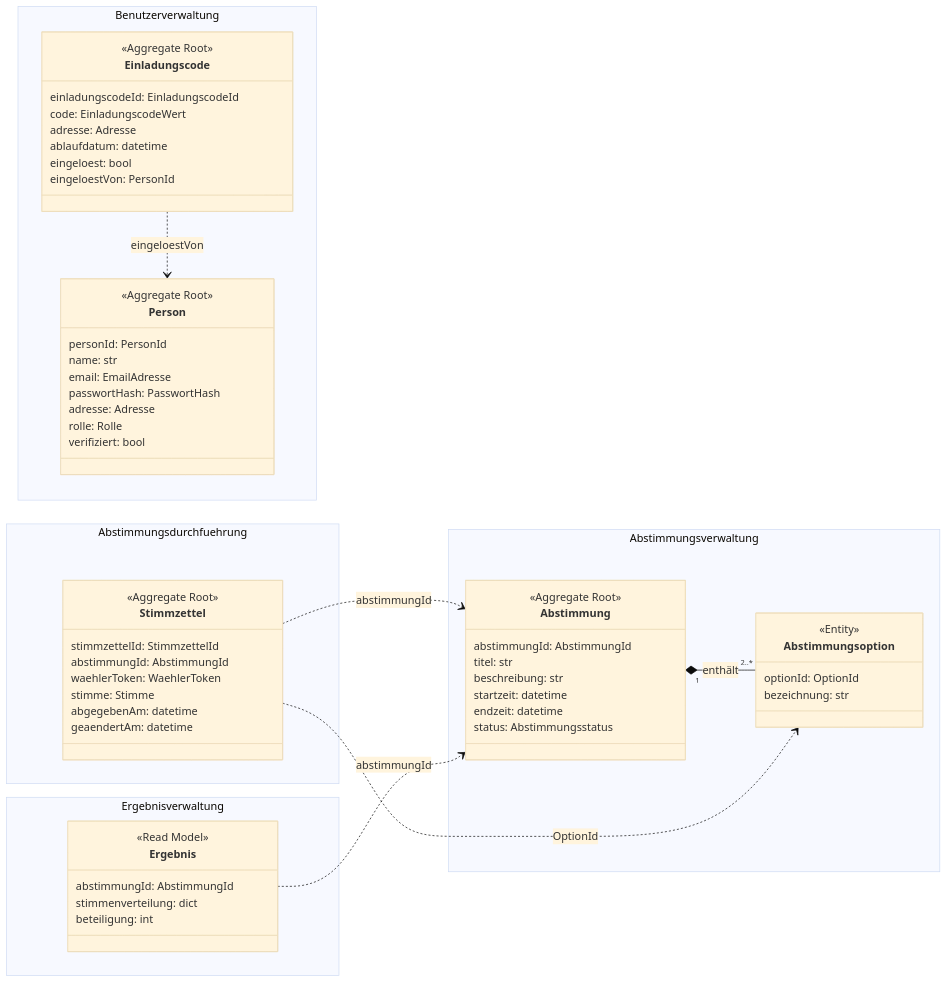
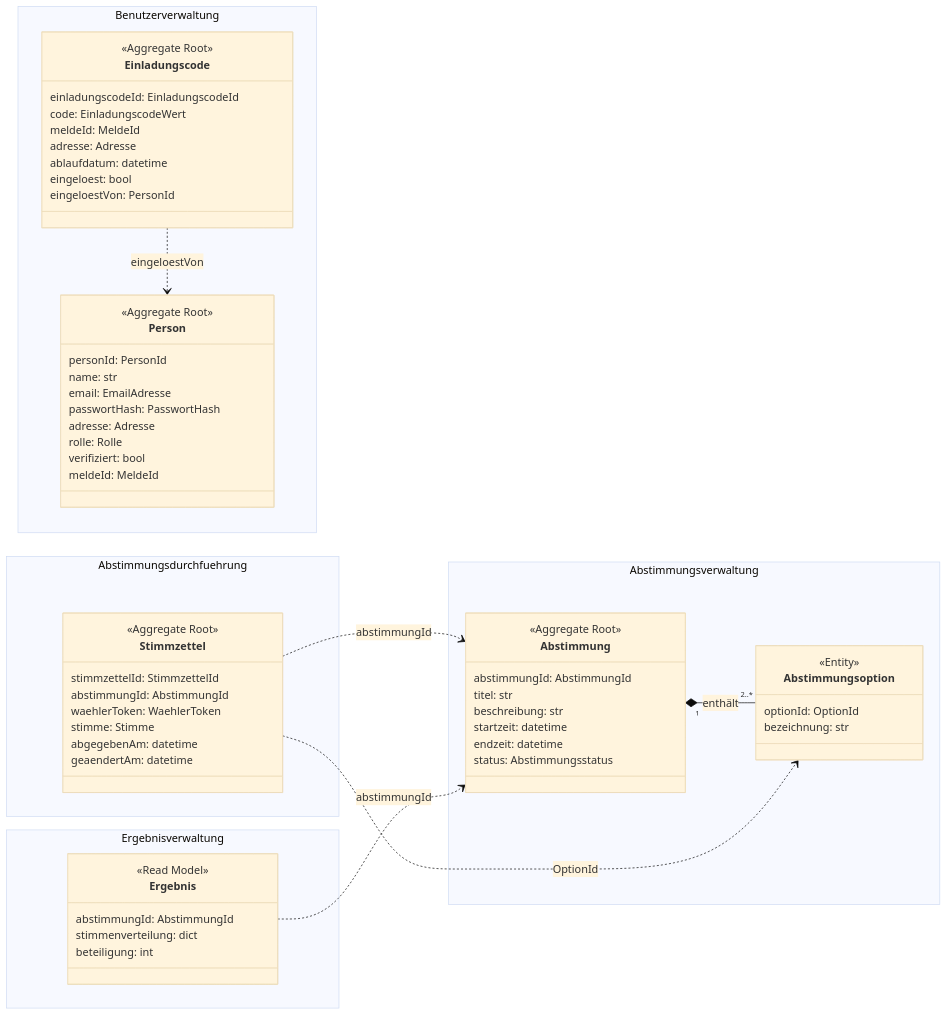
The ninth of 9 diagrams in documentation/Uebung3.md (normaharley/ModerneSoftwarentwicklungWS26), drawn with Mermaid (base theme) before and after one commit. The commit also changed other lines of this file, not shown here.

````diff
--- a/documentation/Uebung3.md
+++ b/documentation/Uebung3.md
@@ -410,70 +427,72 @@
 ```mermaid
 classDiagram
     direction LR
 
     namespace Benutzerverwaltung {
         class Person {
             <<Aggregate Root>>
             personId: PersonId
             name: str
             email: EmailAdresse
             passwortHash: PasswortHash
             adresse: Adresse
             rolle: Rolle
             verifiziert: bool
+            meldeId: MeldeId
         }
         class Einladungscode {
             <<Aggregate Root>>
             einladungscodeId: EinladungscodeId
             code: EinladungscodeWert
+            meldeId: MeldeId
             adresse: Adresse
             ablaufdatum: datetime
             eingeloest: bool
             eingeloestVon: PersonId
         }
     }
 
     namespace Abstimmungsverwaltung {
         class Abstimmung {
             <<Aggregate Root>>
             abstimmungId: AbstimmungId
             titel: str
             beschreibung: str
             startzeit: datetime
             endzeit: datetime
             status: Abstimmungsstatus
         }
         class Abstimmungsoption {
             <<Entity>>
             optionId: OptionId
             bezeichnung: str
         }
     }
 
     namespace Abstimmungsdurchfuehrung {
         class Stimmzettel {
             <<Aggregate Root>>
             stimmzettelId: StimmzettelId
             abstimmungId: AbstimmungId
             waehlerToken: WaehlerToken
             stimme: Stimme
             abgegebenAm: datetime
             geaendertAm: datetime
         }
     }
 
     namespace Ergebnisverwaltung {
         class Ergebnis {
             <<Read Model>>
             abstimmungId: AbstimmungId
             stimmenverteilung: dict
             beteiligung: int
         }
     }
 
     Abstimmung "1" *-- "2..*" Abstimmungsoption : enthält
     Einladungscode ..> Person : eingeloestVon
     Stimmzettel ..> Abstimmung : abstimmungId
     Stimmzettel ..> Abstimmungsoption : OptionId
     Ergebnis ..> Abstimmung : abstimmungId
 ```
````
